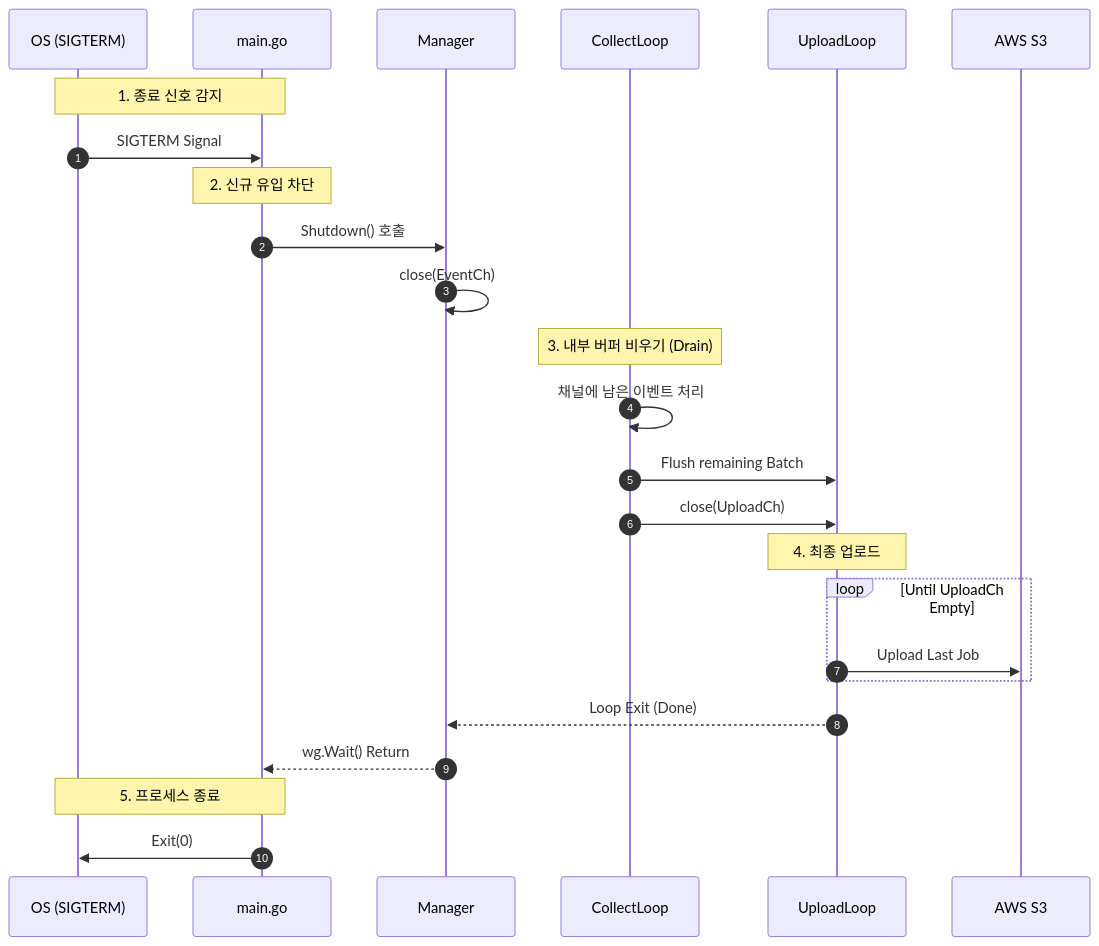
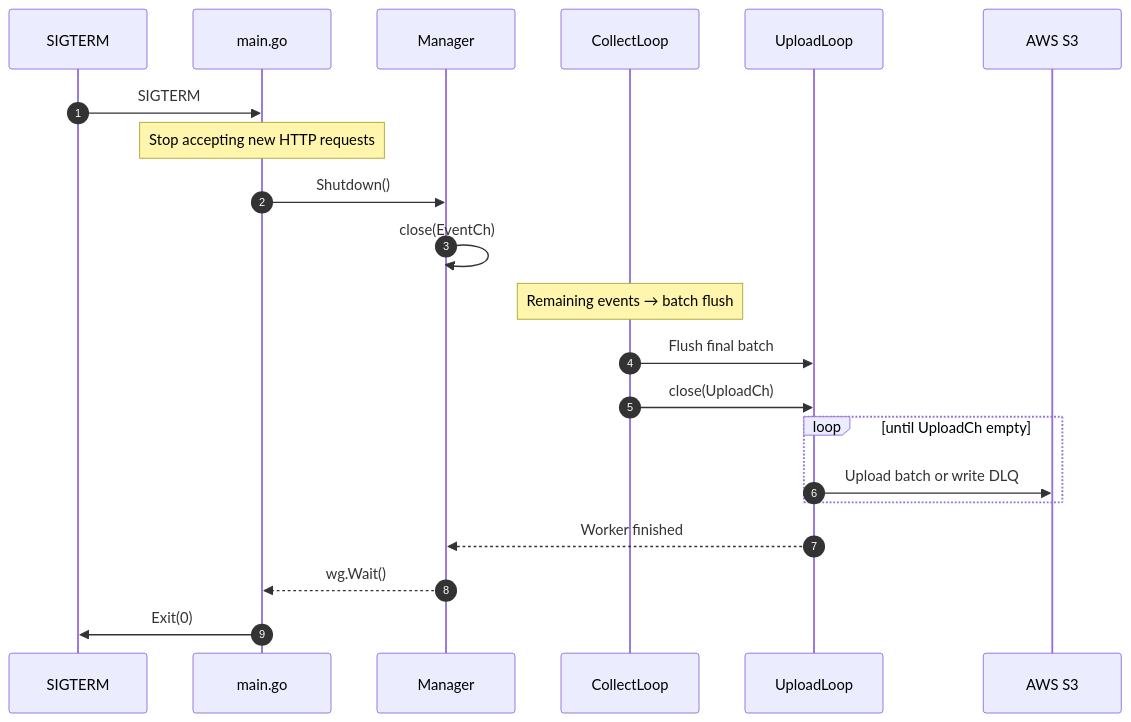
Before and after one commit to hyunn515/estat-ingest-server-v1: the first of 2 diagrams in docs/shutdown.md, drawn with Mermaid. The commit also changed other lines of this file and 7 other files, not shown here.

````diff
--- a/docs/shutdown.md
+++ b/docs/shutdown.md
@@ -9,33 +55,29 @@
 ```mermaid
 sequenceDiagram
     autonumber
-    participant OS as OS (SIGTERM)
+    participant OS as SIGTERM
     participant Main as main.go
-    participant Manager as Manager
-    participant CLoop as CollectLoop
-    participant ULoop as UploadLoop
+    participant M as Manager
+    participant C as CollectLoop
+    participant U as UploadLoop
     participant S3 as AWS S3
 
-    Note over OS, Main: 1. 종료 신호 감지
-    OS->>Main: SIGTERM Signal
-    
-    Note over Main: 2. 신규 유입 차단
-    Main->>Manager: Shutdown() 호출
-    Manager->>Manager: close(EventCh)
-    
-    Note over CLoop: 3. 내부 버퍼 비우기 (Drain)
-    CLoop->>CLoop: 채널에 남은 이벤트 처리
-    CLoop->>ULoop: Flush remaining Batch
-    CLoop->>ULoop: close(UploadCh)
-    
-    Note over ULoop: 4. 최종 업로드
-    loop Until UploadCh Empty
-        ULoop->>S3: Upload Last Job
+    OS->>Main: SIGTERM
+    Note over Main: Stop accepting new HTTP requests
+
+    Main->>M: Shutdown()
+    M->>M: close(EventCh)
+
+    Note over C: Remaining events → batch flush
+    C->>U: Flush final batch
+    C->>U: close(UploadCh)
+
+    loop until UploadCh empty
+        U->>S3: Upload batch or write DLQ
     end
-    
-    ULoop-->>Manager: Loop Exit (Done)
-    Manager-->>Main: wg.Wait() Return
-    
-    Note over Main, OS: 5. 프로세스 종료
+
+    U-->>M: Worker finished
+    M-->>Main: wg.Wait()
+
     Main->>OS: Exit(0)
 ```
````
